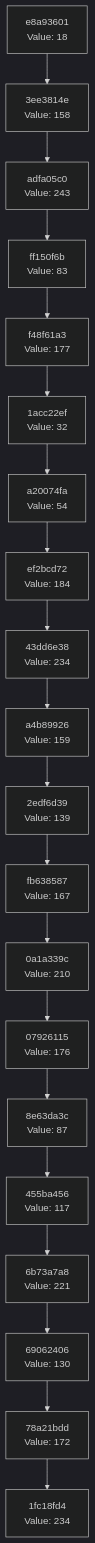
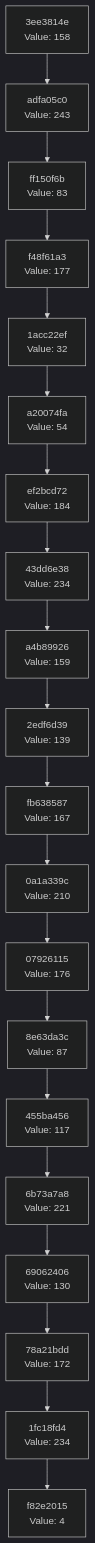
Before and after one commit to Abhisheksinha1506/hash-chain-evolver: the diagram in docs/CHAIN_VISUALIZATION.md, drawn with Mermaid (dark theme). The commit also changed 2 other files, not shown here.

Commit message:
Evolution step: hash 0x04 → action executed

````diff
--- a/docs/CHAIN_VISUALIZATION.md
+++ b/docs/CHAIN_VISUALIZATION.md
@@ -3,42 +3,42 @@
 ```mermaid
 graph TD
-    C0["1fc18fd4<br/>Value: 234"]
-    C1["78a21bdd<br/>Value: 172"]
+    C0["f82e2015<br/>Value: 4"]
+    C1["1fc18fd4<br/>Value: 234"]
     C1 --> C0
-    C2["69062406<br/>Value: 130"]
+    C2["78a21bdd<br/>Value: 172"]
     C2 --> C1
-    C3["6b73a7a8<br/>Value: 221"]
+    C3["69062406<br/>Value: 130"]
     C3 --> C2
-    C4["455ba456<br/>Value: 117"]
+    C4["6b73a7a8<br/>Value: 221"]
     C4 --> C3
-    C5["8e63da3c<br/>Value: 87"]
+    C5["455ba456<br/>Value: 117"]
     C5 --> C4
-    C6["07926115<br/>Value: 176"]
+    C6["8e63da3c<br/>Value: 87"]
     C6 --> C5
-    C7["0a1a339c<br/>Value: 210"]
+    C7["07926115<br/>Value: 176"]
     C7 --> C6
-    C8["fb638587<br/>Value: 167"]
+    C8["0a1a339c<br/>Value: 210"]
     C8 --> C7
-    C9["2edf6d39<br/>Value: 139"]
+    C9["fb638587<br/>Value: 167"]
     C9 --> C8
-    C10["a4b89926<br/>Value: 159"]
+    C10["2edf6d39<br/>Value: 139"]
     C10 --> C9
-    C11["43dd6e38<br/>Value: 234"]
+    C11["a4b89926<br/>Value: 159"]
     C11 --> C10
-    C12["ef2bcd72<br/>Value: 184"]
+    C12["43dd6e38<br/>Value: 234"]
     C12 --> C11
-    C13["a20074fa<br/>Value: 54"]
+    C13["ef2bcd72<br/>Value: 184"]
     C13 --> C12
-    C14["1acc22ef<br/>Value: 32"]
+    C14["a20074fa<br/>Value: 54"]
     C14 --> C13
-    C15["f48f61a3<br/>Value: 177"]
+    C15["1acc22ef<br/>Value: 32"]
     C15 --> C14
-    C16["ff150f6b<br/>Value: 83"]
+    C16["f48f61a3<br/>Value: 177"]
     C16 --> C15
-    C17["adfa05c0<br/>Value: 243"]
+    C17["ff150f6b<br/>Value: 83"]
     C17 --> C16
-    C18["3ee3814e<br/>Value: 158"]
+    C18["adfa05c0<br/>Value: 243"]
     C18 --> C17
-    C19["e8a93601<br/>Value: 18"]
+    C19["3ee3814e<br/>Value: 158"]
     C19 --> C18
 ```
````
